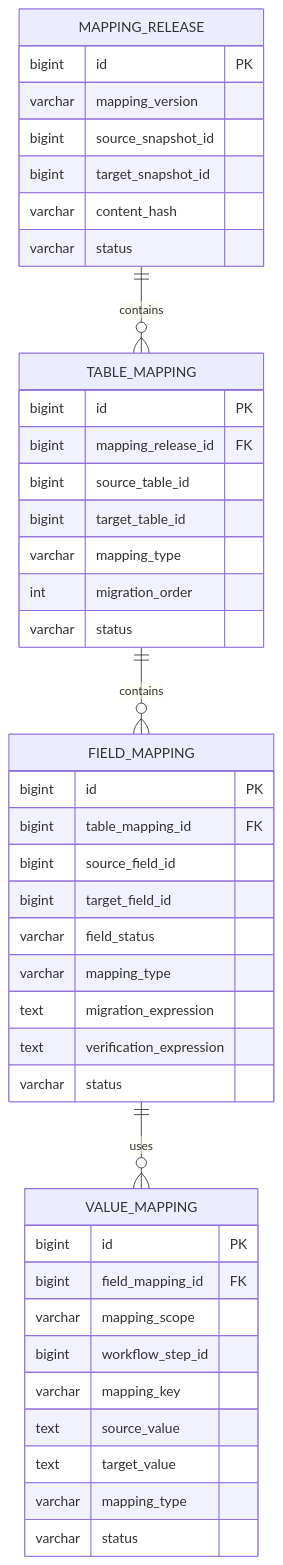
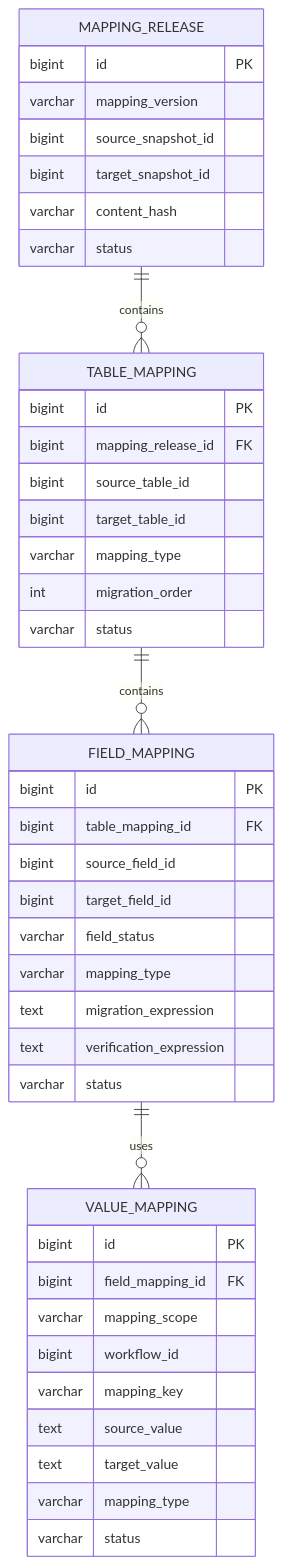
Before and after one commit to duyduyly/php-notebook: the third of 3 diagrams in docs/joomla/learning/database/migration/tutorial/migration-workflow.md, drawn with Mermaid. The commit also changed other lines of this file, not shown here.

Commit message:
Refine combined inventory mapping workflow and Codex step prompts

````diff
--- a/docs/joomla/learning/database/migration/tutorial/migration-workflow.md
+++ b/docs/joomla/learning/database/migration/tutorial/migration-workflow.md
@@ -1232,49 +1107,49 @@
 ```mermaid
 erDiagram
     MAPPING_RELEASE ||--o{ TABLE_MAPPING : contains
     TABLE_MAPPING ||--o{ FIELD_MAPPING : contains
     FIELD_MAPPING ||--o{ VALUE_MAPPING : uses
 
     MAPPING_RELEASE {
         bigint id PK
         varchar mapping_version
         bigint source_snapshot_id
         bigint target_snapshot_id
         varchar content_hash
         varchar status
     }
 
     TABLE_MAPPING {
         bigint id PK
         bigint mapping_release_id FK
         bigint source_table_id
         bigint target_table_id
         varchar mapping_type
         int migration_order
         varchar status
     }
 
     FIELD_MAPPING {
         bigint id PK
         bigint table_mapping_id FK
         bigint source_field_id
         bigint target_field_id
         varchar field_status
         varchar mapping_type
         text migration_expression
         text verification_expression
         varchar status
     }
 
     VALUE_MAPPING {
         bigint id PK
         bigint field_mapping_id FK
         varchar mapping_scope
-        bigint workflow_step_id
+        bigint workflow_id
         varchar mapping_key
         text source_value
         text target_value
         varchar mapping_type
         varchar status
     }
 ```
````
